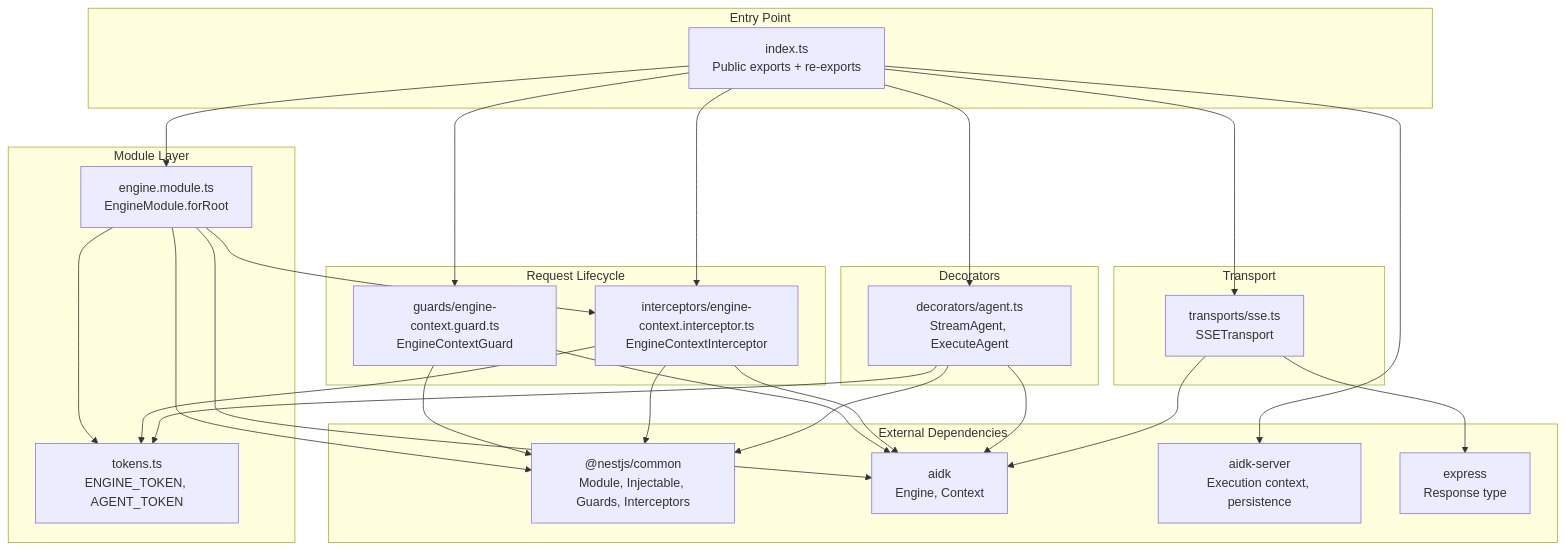
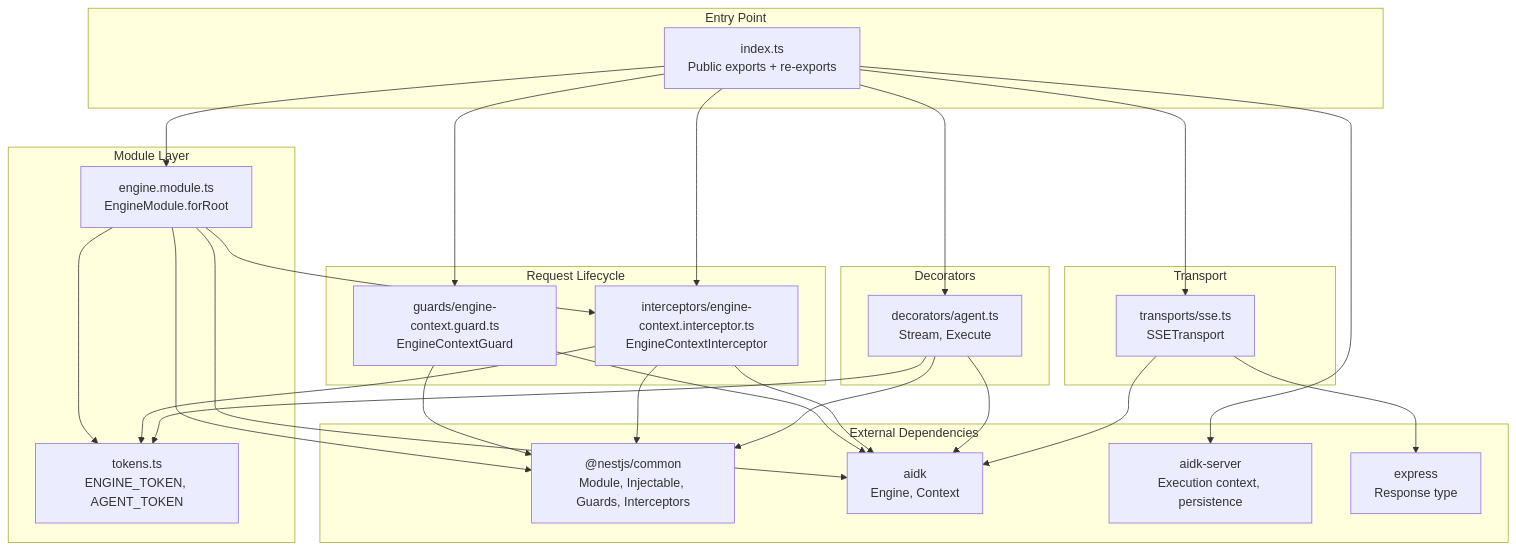
Before and after one commit to rlindgren/aidk: the first of 3 diagrams in packages/nestjs/ARCHITECTURE.md, drawn with Mermaid. The commit also changed other lines of this file and 416 other files, not shown here.

````diff
--- a/packages/nestjs/ARCHITECTURE.md
+++ b/packages/nestjs/ARCHITECTURE.md
@@ -53,57 +53,57 @@
 ```mermaid
 graph TB
     subgraph "External Dependencies"
         NESTJS["@nestjs/common<br/>Module, Injectable, Guards, Interceptors"]
         AIDK[aidk<br/>Engine, Context]
         SERVER[aidk-server<br/>Execution context, persistence]
         EXPRESS[express<br/>Response type]
     end
 
     subgraph "Module Layer"
         MOD[engine.module.ts<br/>EngineModule.forRoot]
         TOK[tokens.ts<br/>ENGINE_TOKEN, AGENT_TOKEN]
     end
 
     subgraph "Request Lifecycle"
         GUARD[guards/engine-context.guard.ts<br/>EngineContextGuard]
         INTER[interceptors/engine-context.interceptor.ts<br/>EngineContextInterceptor]
     end
 
     subgraph "Decorators"
-        DEC[decorators/agent.ts<br/>StreamAgent, ExecuteAgent]
+        DEC[decorators/agent.ts<br/>Stream, Execute]
     end
 
     subgraph "Transport"
         SSE[transports/sse.ts<br/>SSETransport]
     end
 
     subgraph "Entry Point"
         INDEX[index.ts<br/>Public exports + re-exports]
     end
 
     MOD --> TOK
     MOD --> INTER
     MOD --> NESTJS
     MOD --> AIDK
 
     GUARD --> AIDK
     GUARD --> NESTJS
 
     INTER --> TOK
     INTER --> AIDK
     INTER --> NESTJS
 
     DEC --> TOK
     DEC --> NESTJS
     DEC --> AIDK
 
     SSE --> EXPRESS
     SSE --> AIDK
 
     INDEX --> MOD
     INDEX --> GUARD
     INDEX --> INTER
     INDEX --> DEC
     INDEX --> SSE
     INDEX --> SERVER
 ```
````
